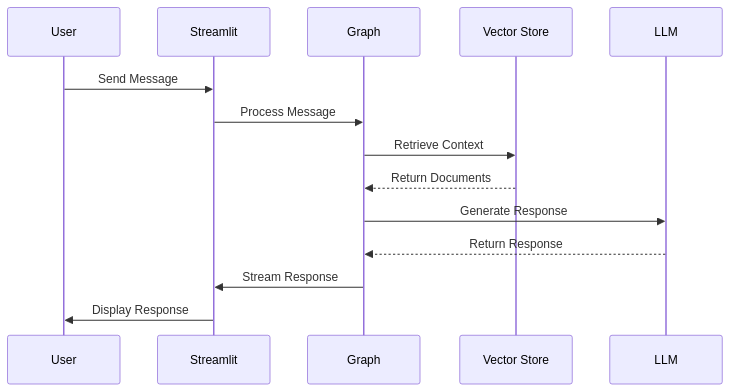
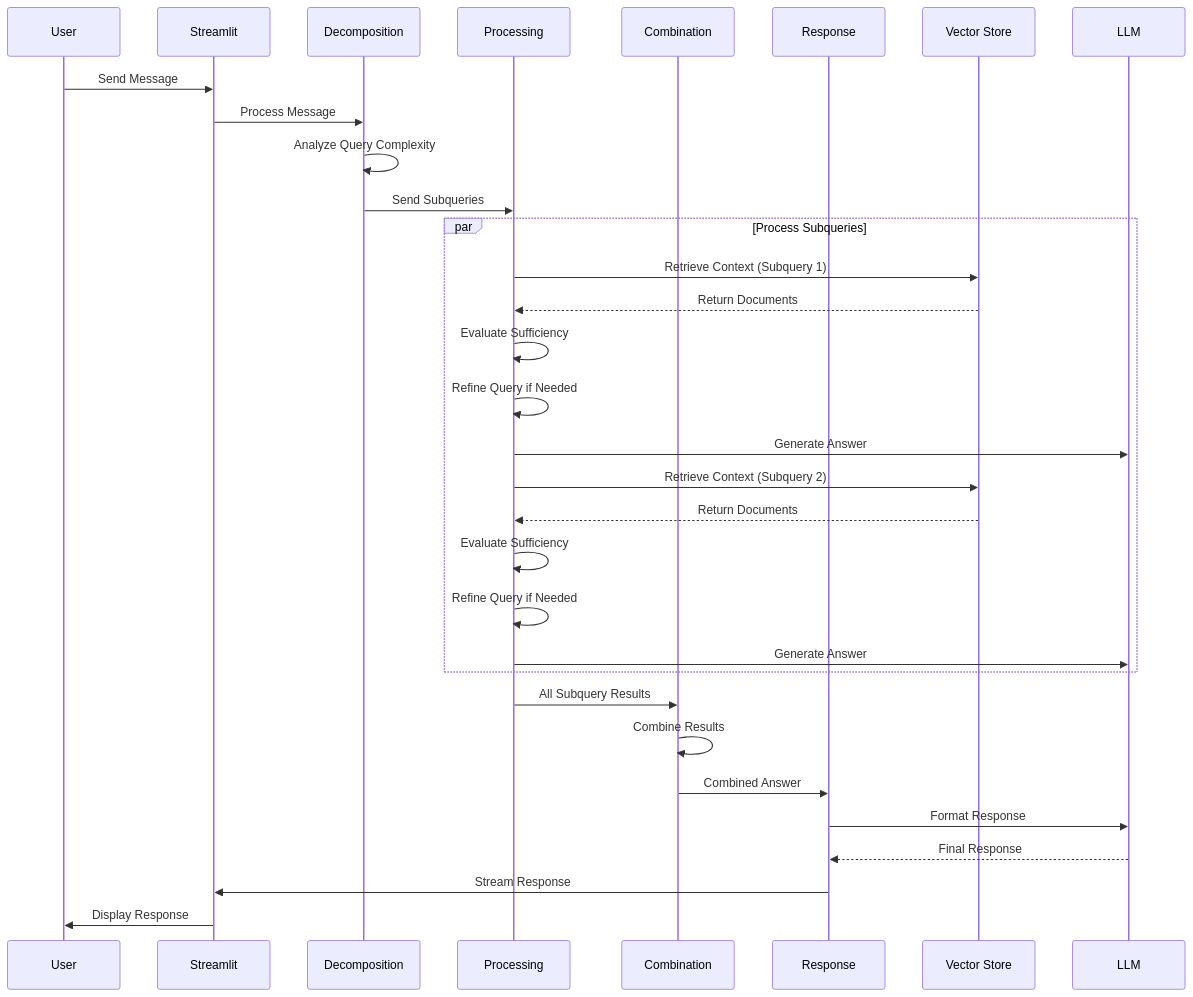
The third of 9 diagrams in README.md (laialex501/lorechat-container), drawn with Mermaid before and after one commit. The commit also changed other lines of this file and 18 other files, not shown here.

Commit message:
Add agentic conversation flow

````diff
--- a/README.md
+++ b/README.md
@@ -84,17 +116,39 @@
 ```mermaid
 sequenceDiagram
     participant U as User
     participant S as Streamlit
-    participant G as Graph
+    participant D as Decomposition
+    participant P as Processing
+    participant C as Combination
+    participant R as Response
     participant V as Vector Store
     participant L as LLM
 
     U->>S: Send Message
-    S->>G: Process Message
-    G->>V: Retrieve Context
-    V-->>G: Return Documents
-    G->>L: Generate Response
-    L-->>G: Return Response
-    G->>S: Stream Response
+    S->>D: Process Message
+    
+    D->>D: Analyze Query Complexity
+    D->>P: Send Subqueries
+    
+    par Process Subqueries
+        P->>V: Retrieve Context (Subquery 1)
+        V-->>P: Return Documents
+        P->>P: Evaluate Sufficiency
+        P->>P: Refine Query if Needed
+        P->>L: Generate Answer
+        
+        P->>V: Retrieve Context (Subquery 2)
+        V-->>P: Return Documents
+        P->>P: Evaluate Sufficiency
+        P->>P: Refine Query if Needed
+        P->>L: Generate Answer
+    end
+    
+    P->>C: All Subquery Results
+    C->>C: Combine Results
+    C->>R: Combined Answer
+    R->>L: Format Response
+    L-->>R: Final Response
+    R->>S: Stream Response
     S->>U: Display Response
 ```
````
